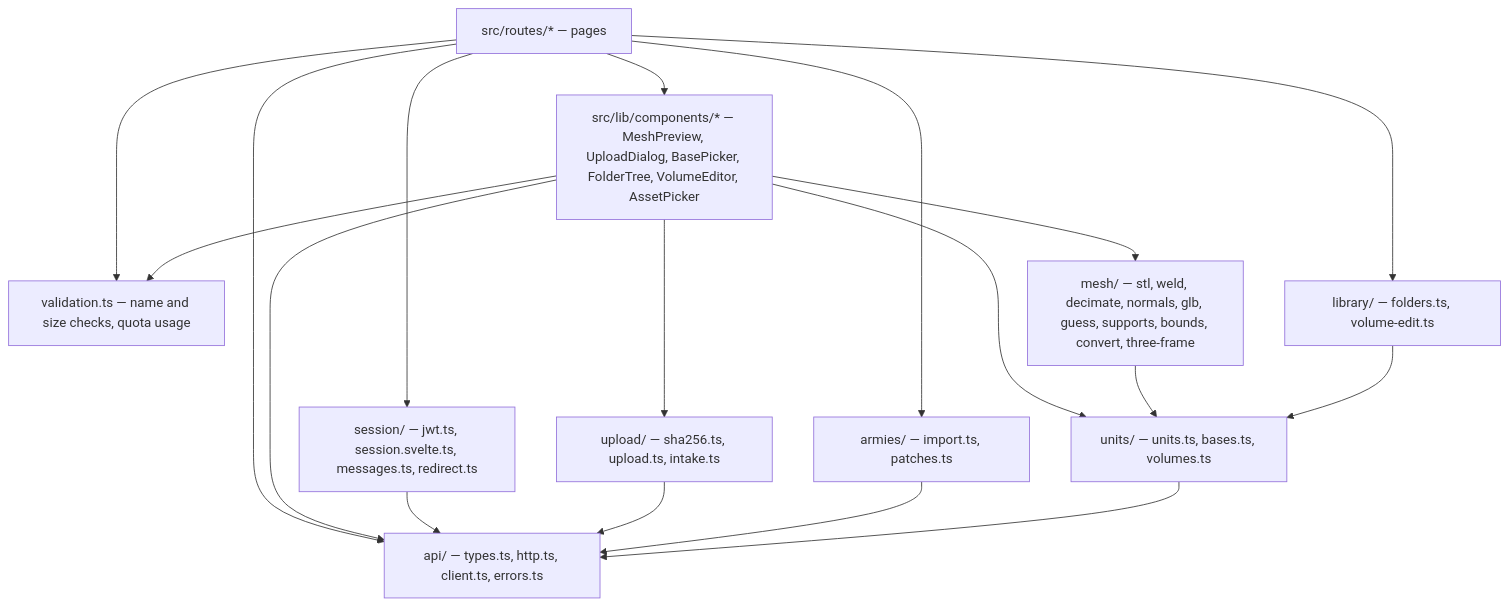
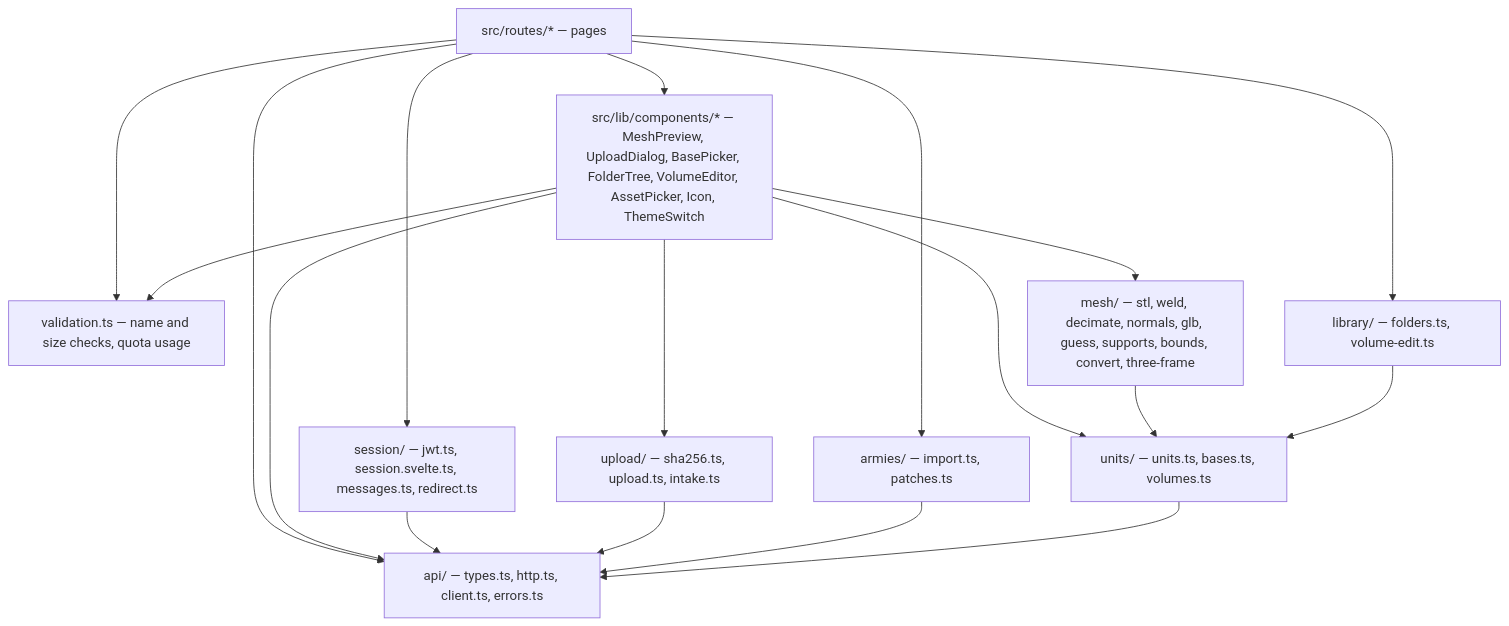
One commit to cstupi/tabletop changed the third of 13 diagrams in docs/design/web-app/design.md. Above: the diagram before and after it, drawn with Mermaid. The commit also changed other lines of this file and 1 other file, not shown here.

Commit message:
Docs: web app themes, fonts and the theme switch

````diff
--- a/docs/design/web-app/design.md
+++ b/docs/design/web-app/design.md
@@ -177,31 +178,31 @@
 ```mermaid
 graph TD
     Routes["src/routes/* — pages"]
-    Comps["src/lib/components/* — MeshPreview, UploadDialog, BasePicker, FolderTree, VolumeEditor, AssetPicker"]
+    Comps["src/lib/components/* — MeshPreview, UploadDialog, BasePicker, FolderTree, VolumeEditor, AssetPicker, Icon, ThemeSwitch"]
     Sess["session/ — jwt.ts, session.svelte.ts, messages.ts, redirect.ts"]
     Api["api/ — types.ts, http.ts, client.ts, errors.ts"]
     Valid["validation.ts — name and size checks, quota usage"]
     Units["units/ — units.ts, bases.ts, volumes.ts"]
     Mesh["mesh/ — stl, weld, decimate, normals, glb, guess, supports, bounds, convert, three-frame"]
     Upload["upload/ — sha256.ts, upload.ts, intake.ts"]
     LibMod["library/ — folders.ts, volume-edit.ts"]
     Armies["armies/ — import.ts, patches.ts"]
 
     Routes --> Comps
     Routes --> Sess
     Routes --> Api
     Routes --> LibMod
     Routes --> Armies
     Routes --> Valid
     Comps --> Valid
     Comps --> Mesh
     Comps --> Upload
     Comps --> Units
     Comps --> Api
     Sess --> Api
     Upload --> Api
     Mesh --> Units
     LibMod --> Units
     Armies --> Api
     Units --> Api
 ```
````
